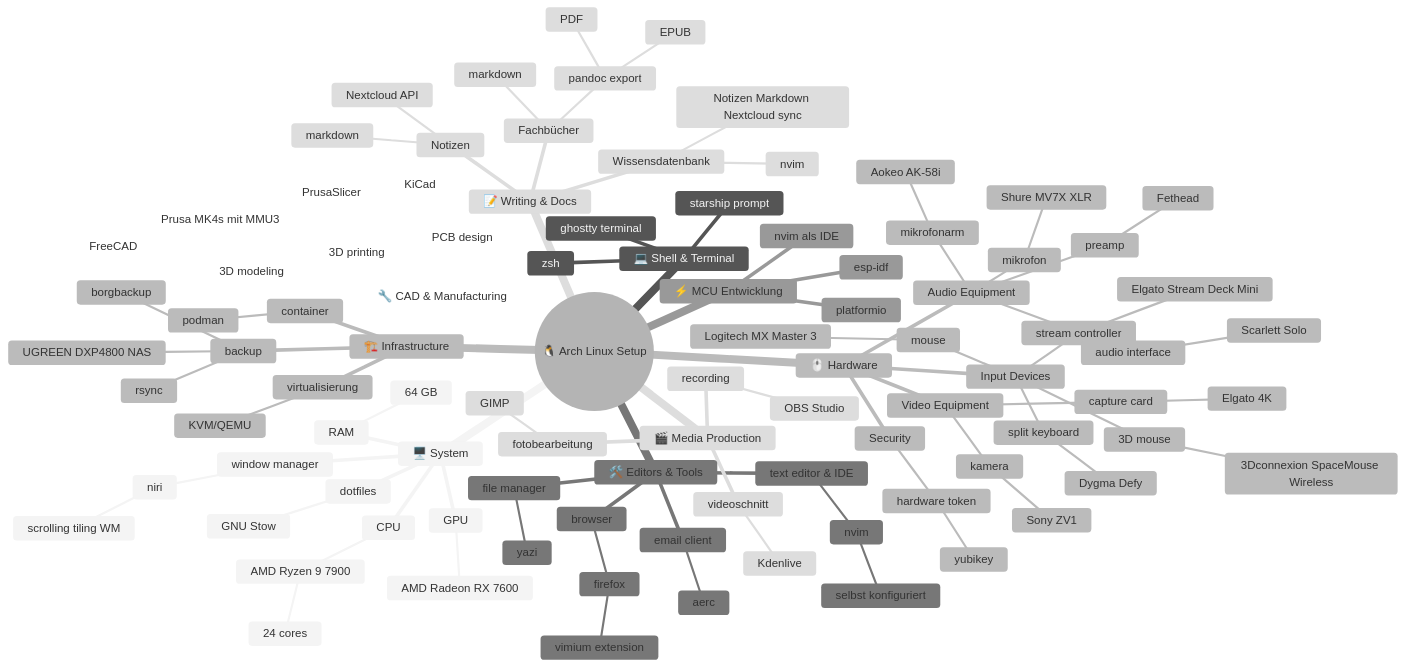
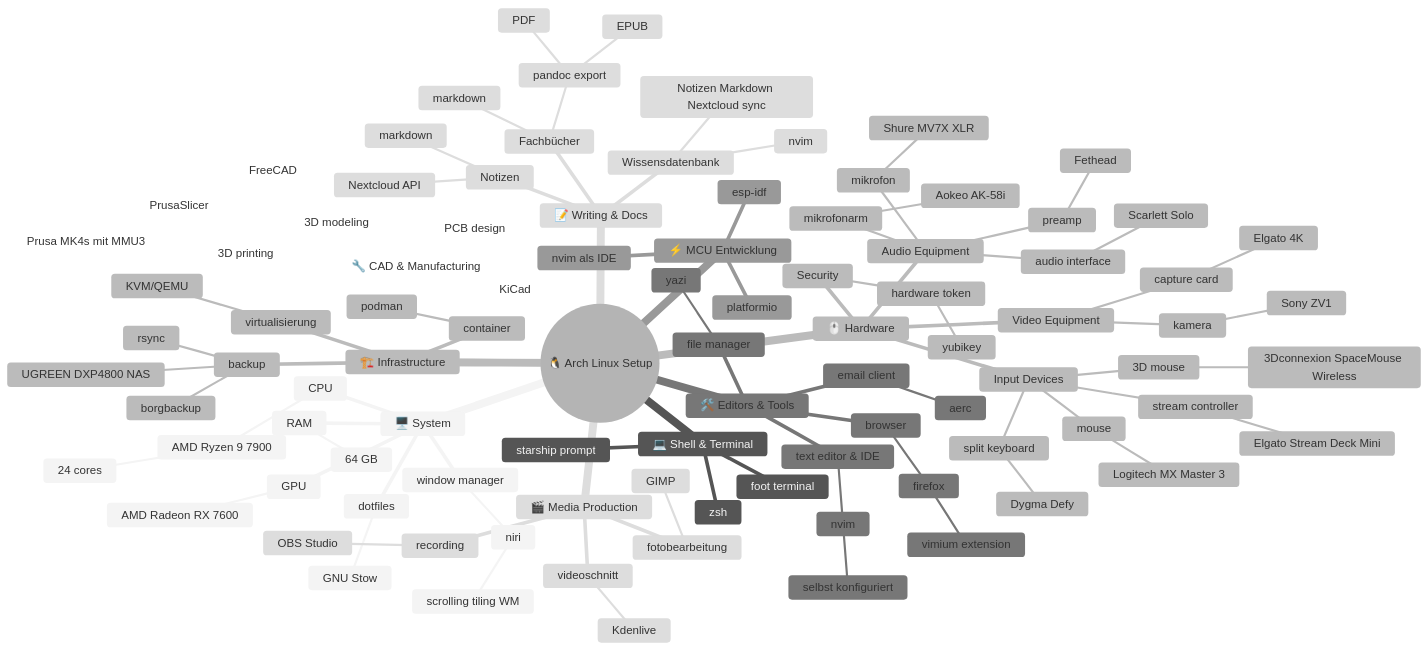
The diagram in 20_my-arch-setup/README.md (pixelEDI/I_use_Arch_btw), drawn with Mermaid before and after one commit.

Commit message:
foot terminal

```diff
--- a/20_my-arch-setup/README.md
+++ b/20_my-arch-setup/README.md
@@ -23,7 +23,7 @@
     💻 Shell & Terminal
       zsh
       starship prompt
-      ghostty terminal
+      foot terminal
     🏗️ Infrastructure
       backup
         rsync
```
